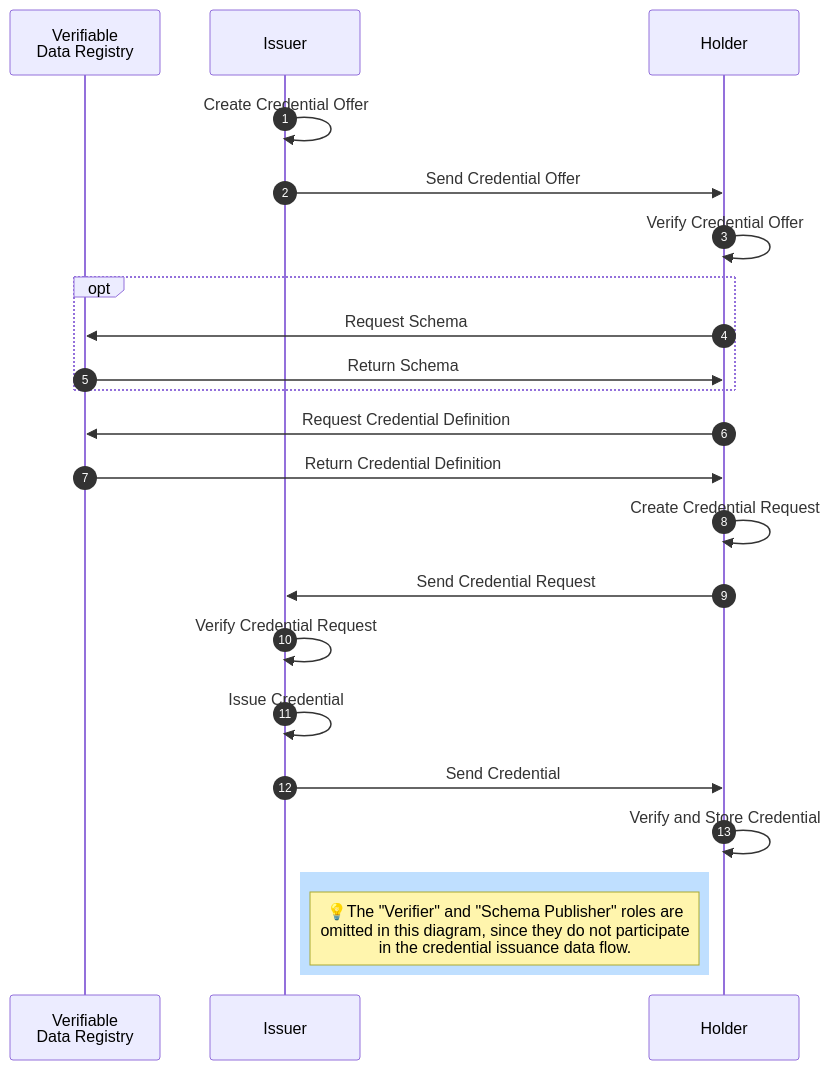
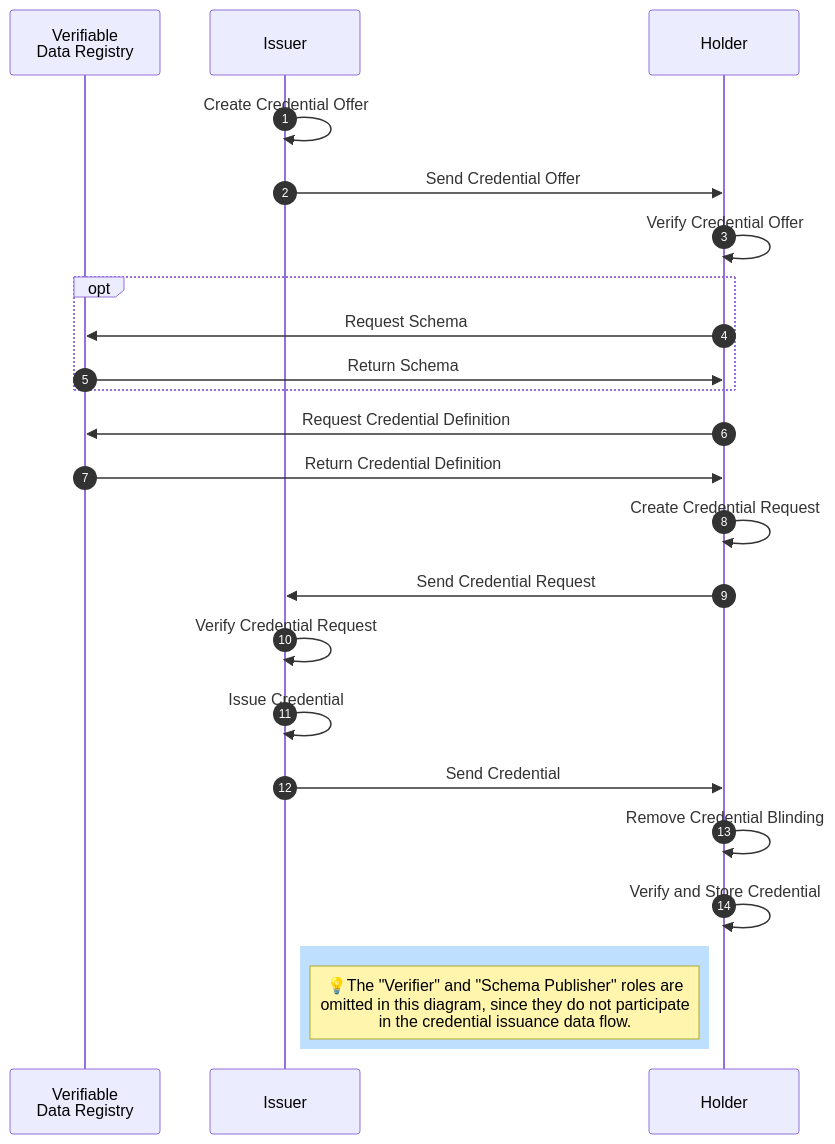
Before and after one commit to hyperledger/anoncreds-spec: the diagram in spec/data_flow_issuance.md, drawn with Mermaid. The commit also changed other lines of this file and 3 other files, not shown here.

Commit message:
start to update data flows to reflect updated link secret blinding text

````diff
--- a/spec/data_flow_issuance.md
+++ b/spec/data_flow_issuance.md
@@ -5,28 +5,29 @@
 ```mermaid
 sequenceDiagram
     autonumber
     participant L as Verifiable<br>Data Registry
     participant I as Issuer
     participant H as Holder
 
   I ->> I: Create Credential Offer
   I ->> H: Send Credential Offer
   H ->> H: Verify Credential Offer
   opt
     H ->> L: Request Schema
     L ->> H: Return Schema
   end
   H ->> L: Request Credential Definition
   L ->> H: Return Credential Definition
   H ->> H: Create Credential Request
   H ->> I: Send Credential Request
   I ->> I: Verify Credential Request
   I ->> I: Issue Credential
   I ->> H: Send Credential
+  H ->> H: Remove Credential Blinding
   H ->> H: Verify and Store Credential
 
 
   rect rgb(191, 223, 255)
     Note left of H: 💡The "Verifier" and "Schema Publisher" roles are<br>omitted in this diagram, since they do not participate<br>in the credential issuance data flow.
   end
 ```
````
